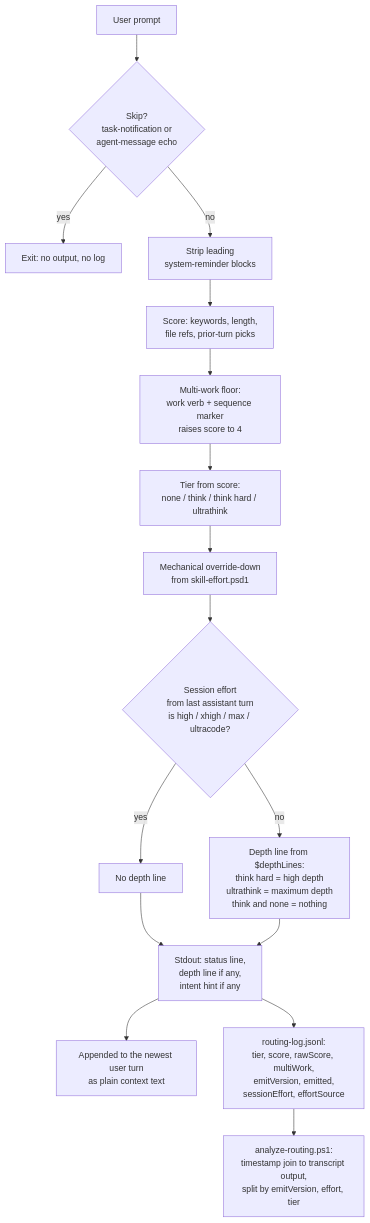
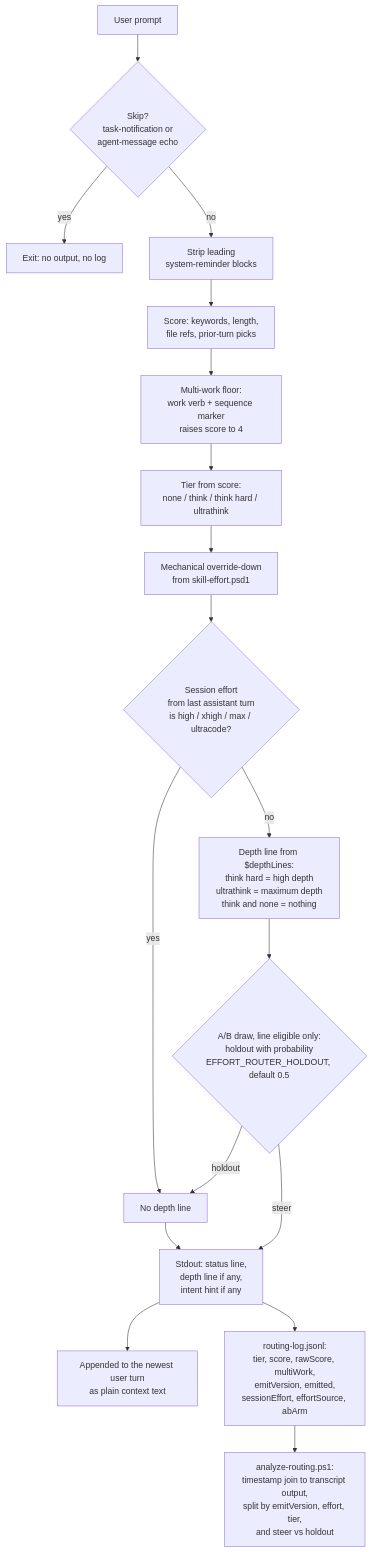
Before and after one commit to Qcko/claude-code-effort-router: the diagram in DESIGN.md, drawn with Mermaid. The commit also changed other lines of this file and 4 other files, not shown here.

First line of the commit message:
route-hint: same-window A/B holdout on the depth line

````diff
--- a/DESIGN.md
+++ b/DESIGN.md
@@ -9,18 +9,20 @@
 ```mermaid
 flowchart TD
     P[User prompt] --> S{Skip?<br/>task-notification or<br/>agent-message echo}
     S -- yes --> X[Exit: no output, no log]
     S -- no --> R[Strip leading<br/>system-reminder blocks]
     R --> SC[Score: keywords, length,<br/>file refs, prior-turn picks]
     SC --> MW[Multi-work floor:<br/>work verb + sequence marker<br/>raises score to 4]
     MW --> T[Tier from score:<br/>none / think / think hard / ultrathink]
     T --> MO[Mechanical override-down<br/>from skill-effort.psd1]
     MO --> E{Session effort<br/>from last assistant turn<br/>is high / xhigh / max / ultracode?}
     E -- yes --> NL[No depth line]
     E -- no --> DL[Depth line from $depthLines:<br/>think hard = high depth<br/>ultrathink = maximum depth<br/>think and none = nothing]
+    DL --> AB{A/B draw, line eligible only:<br/>holdout with probability<br/>EFFORT_ROUTER_HOLDOUT, default 0.5}
+    AB -- holdout --> NL
+    AB -- steer --> O
     NL --> O[Stdout: status line,<br/>depth line if any,<br/>intent hint if any]
-    DL --> O
     O --> C[Appended to the newest user turn<br/>as plain context text]
-    O --> L[routing-log.jsonl:<br/>tier, score, rawScore, multiWork,<br/>emitVersion, emitted,<br/>sessionEffort, effortSource]
-    L --> A[analyze-routing.ps1:<br/>timestamp join to transcript output,<br/>split by emitVersion, effort, tier]
+    O --> L[routing-log.jsonl:<br/>tier, score, rawScore, multiWork,<br/>emitVersion, emitted,<br/>sessionEffort, effortSource, abArm]
+    L --> A[analyze-routing.ps1:<br/>timestamp join to transcript output,<br/>split by emitVersion, effort, tier,<br/>and steer vs holdout]
 ```
````
